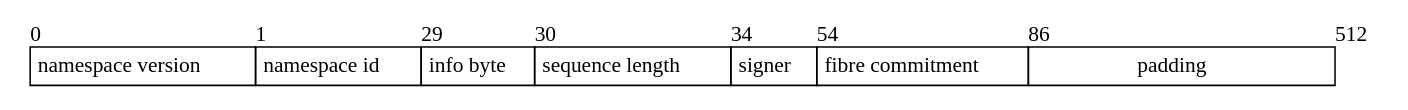
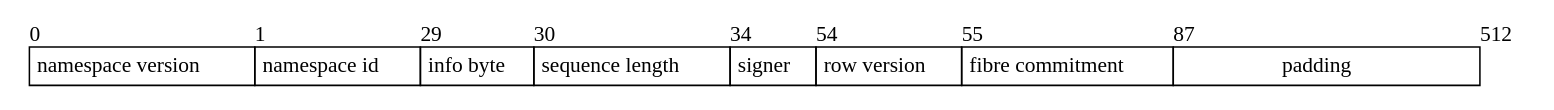
The diagram in figures/system-level-blob.dot (celestiaorg/celestia-app), drawn with Graphviz before and after one commit. The commit also changed 2 other files, not shown here.

Commit message:
feat: use share version 2

```diff
--- a/figures/system-level-blob.dot
+++ b/figures/system-level-blob.dot
@@ -1,27 +1,29 @@
 digraph G {
     node [shape = record, penwidth = 0];
 
     share [label=<
     <table border="0" cellborder="1" cellspacing="0">
         <tr>
             <td align="left" border="0" cellpadding="0">0</td>
             <td align="left" border="0" cellpadding="0">1</td>
             <td align="left" border="0" cellpadding="0">29</td>
             <td align="left" border="0" cellpadding="0">30</td>
             <td align="left" border="0" cellpadding="0">34</td>
             <td align="left" border="0" cellpadding="0">54</td>
-            <td align="left" border="0" cellpadding="0">86</td>
+            <td align="left" border="0" cellpadding="0">55</td>
+            <td align="left" border="0" cellpadding="0">87</td>
             <td align="left" border="0" cellpadding="0">512</td>
         </tr>
         <tr>
             <td width="4" cellpadding="4">namespace version</td>
             <td width="4" cellpadding="4">namespace id</td>
             <td width="4" cellpadding="4">info byte</td>
             <td width="4" cellpadding="4">sequence length</td>
             <td width="4" cellpadding="4">signer</td>
+            <td width="4" cellpadding="4">row version</td>
             <td width="4" cellpadding="4">fibre commitment</td>
             <td width="200" cellpadding="4">padding</td>
         </tr>
     </table>
     >];
 }
```
